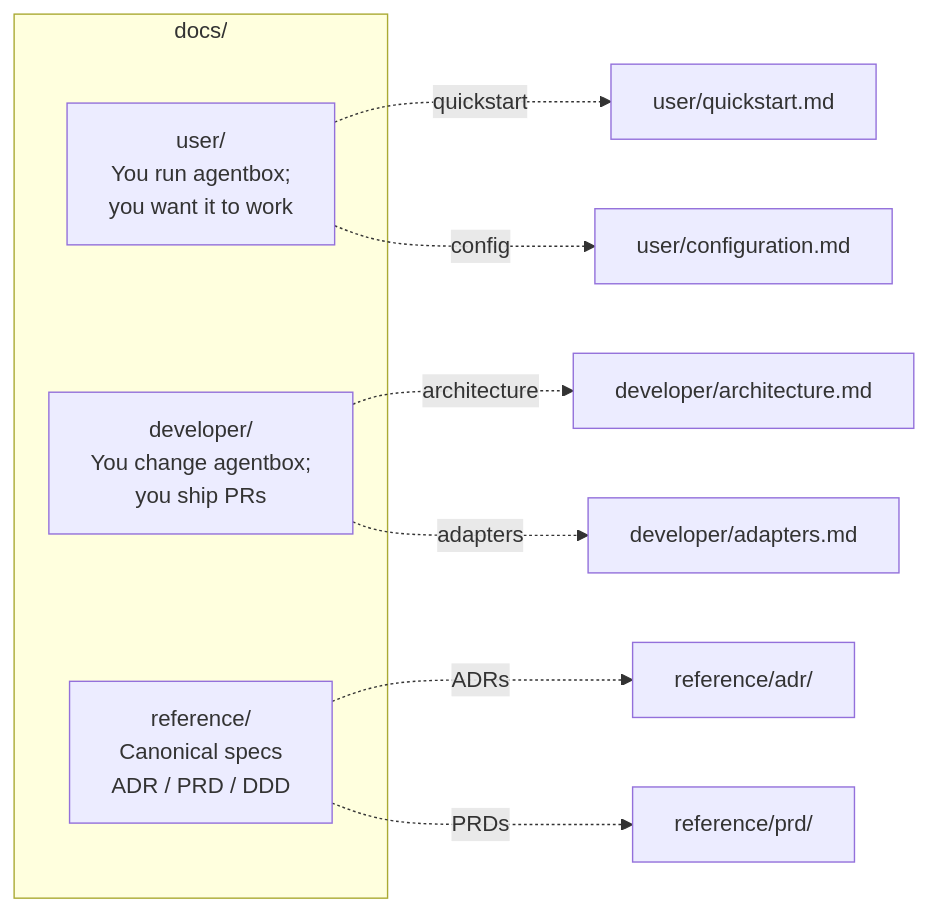
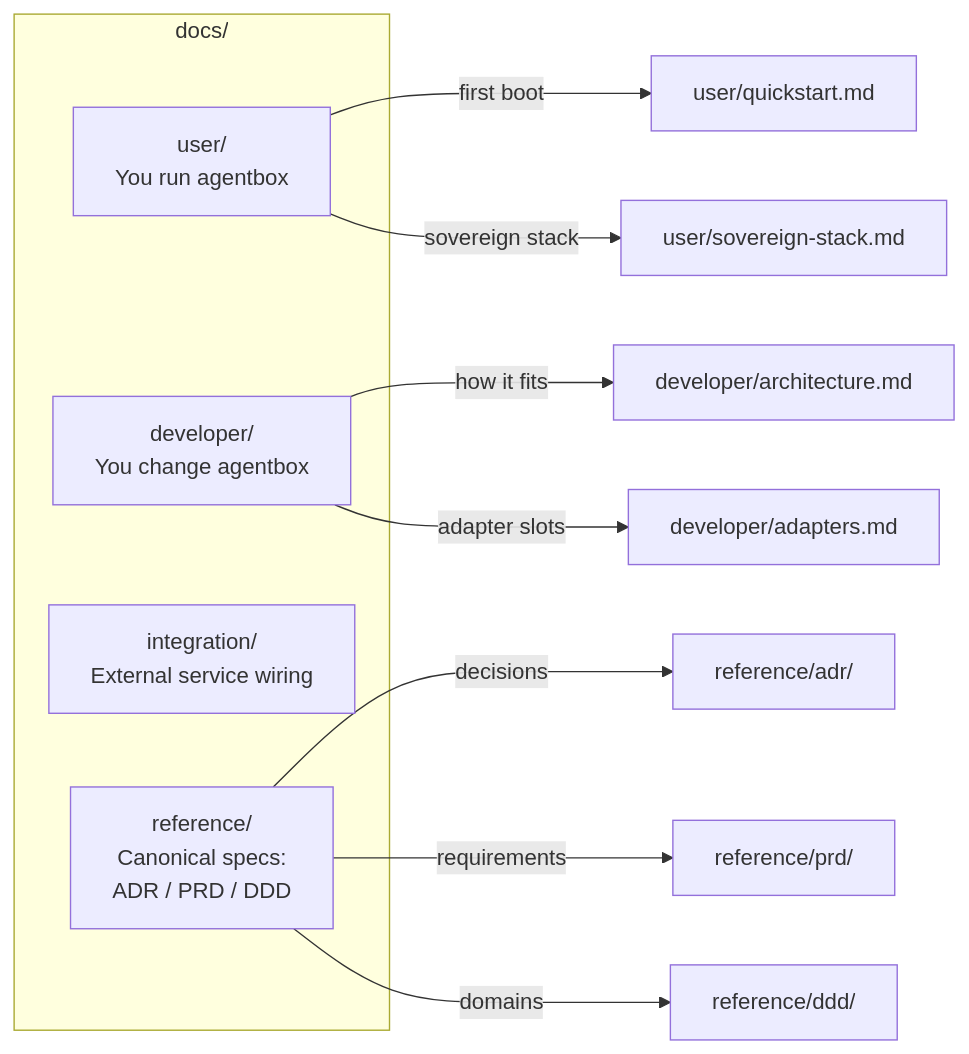
Before and after one commit to DreamLab-AI/agentbox: the diagram in docs/README.md, drawn with Mermaid. The commit also changed other lines of this file and 35 other files, not shown here.

````diff
--- a/docs/README.md
+++ b/docs/README.md
@@ -5,14 +7,16 @@
 ```mermaid
-graph LR
+flowchart LR
     subgraph docs["docs/"]
-        U["user/<br/>You run agentbox;<br/>you want it to work"]
-        D["developer/<br/>You change agentbox;<br/>you ship PRs"]
-        R["reference/<br/>Canonical specs<br/>ADR / PRD / DDD"]
+        U["user/<br/>You run agentbox"]
+        D["developer/<br/>You change agentbox"]
+        I["integration/<br/>External service wiring"]
+        R["reference/<br/>Canonical specs:<br/>ADR / PRD / DDD"]
     end
-    U -.->|quickstart| QS[user/quickstart.md]
-    U -.->|config| CF[user/configuration.md]
-    D -.->|architecture| AR[developer/architecture.md]
-    D -.->|adapters| AD[developer/adapters.md]
-    R -.->|ADRs| ADR[reference/adr/]
-    R -.->|PRDs| PRD[reference/prd/]
+    U -->|"first boot"| QS["user/quickstart.md"]
+    U -->|"sovereign stack"| SS["user/sovereign-stack.md"]
+    D -->|"how it fits"| AR["developer/architecture.md"]
+    D -->|"adapter slots"| AD["developer/adapters.md"]
+    R -->|"decisions"| ADR["reference/adr/"]
+    R -->|"requirements"| PRD["reference/prd/"]
+    R -->|"domains"| DDD["reference/ddd/"]
 ```
````
